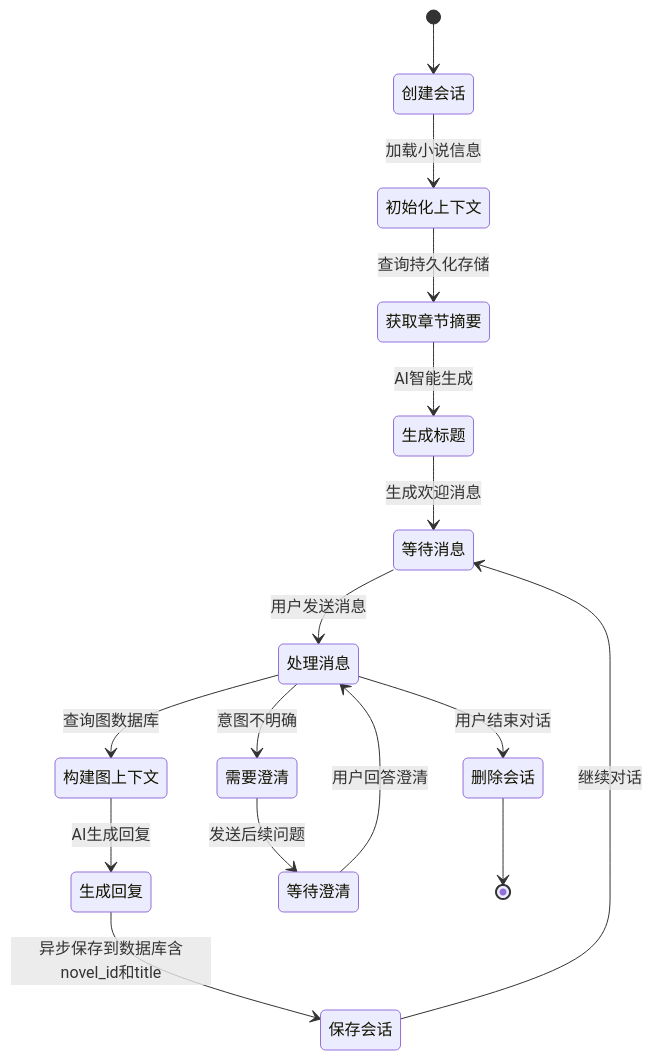
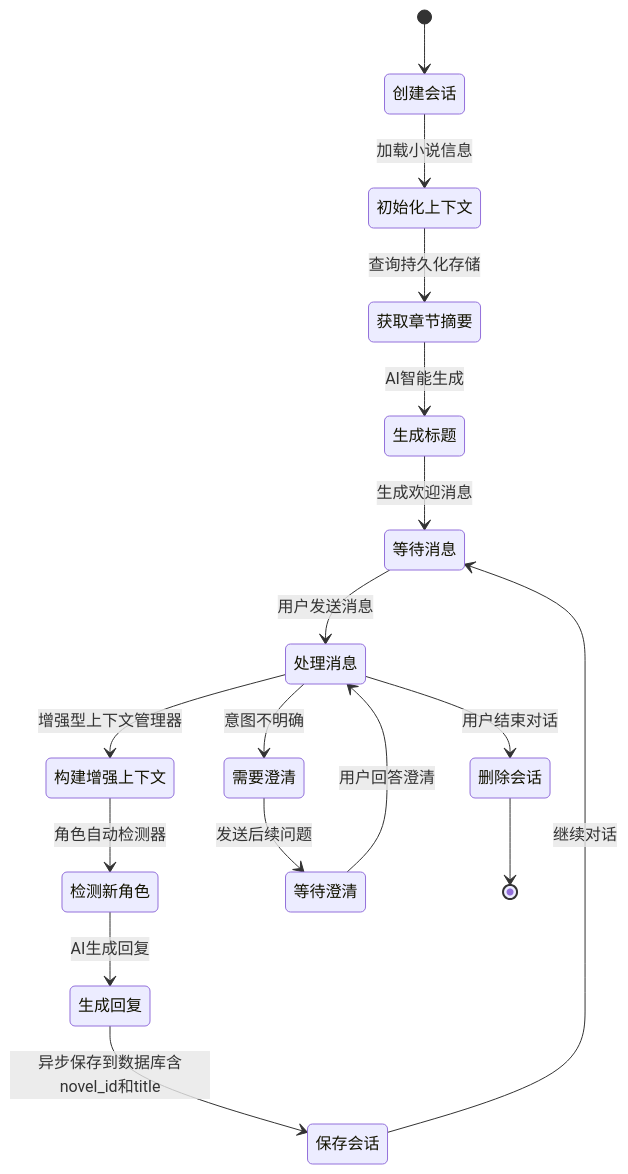
One commit to xfbyxq/ai-novel-system changed the fifth of 49 diagrams in .qoder/repowiki/zh/content/Ai Chat Service.md. Above: the diagram before and after it, drawn with Mermaid. The commit also changed other lines of this file and 8 other files, not shown here.

````diff
--- a/.qoder/repowiki/zh/content/Ai Chat Service.md
+++ b/.qoder/repowiki/zh/content/Ai Chat Service.md
@@ -359,18 +417,19 @@
 ```mermaid
 stateDiagram-v2
 [*] --> 创建会话
 创建会话 --> 初始化上下文 : 加载小说信息
 初始化上下文 --> 获取章节摘要 : 查询持久化存储
 获取章节摘要 --> 生成标题 : AI智能生成
 生成标题 --> 等待消息 : 生成欢迎消息
 等待消息 --> 处理消息 : 用户发送消息
-处理消息 --> 构建图上下文 : 查询图数据库
-构建图上下文 --> 生成回复 : AI生成回复
+处理消息 --> 构建增强上下文 : 增强型上下文管理器
+构建增强上下文 --> 检测新角色 : 角色自动检测器
+检测新角色 --> 生成回复 : AI生成回复
 生成回复 --> 保存会话 : 异步保存到数据库含novel_id和title
 保存会话 --> 等待消息 : 继续对话
 处理消息 --> 需要澄清 : 意图不明确
 需要澄清 --> 等待澄清 : 发送后续问题
 等待澄清 --> 处理消息 : 用户回答澄清
 处理消息 --> 删除会话 : 用户结束对话
 删除会话 --> [*]
 ```
````
